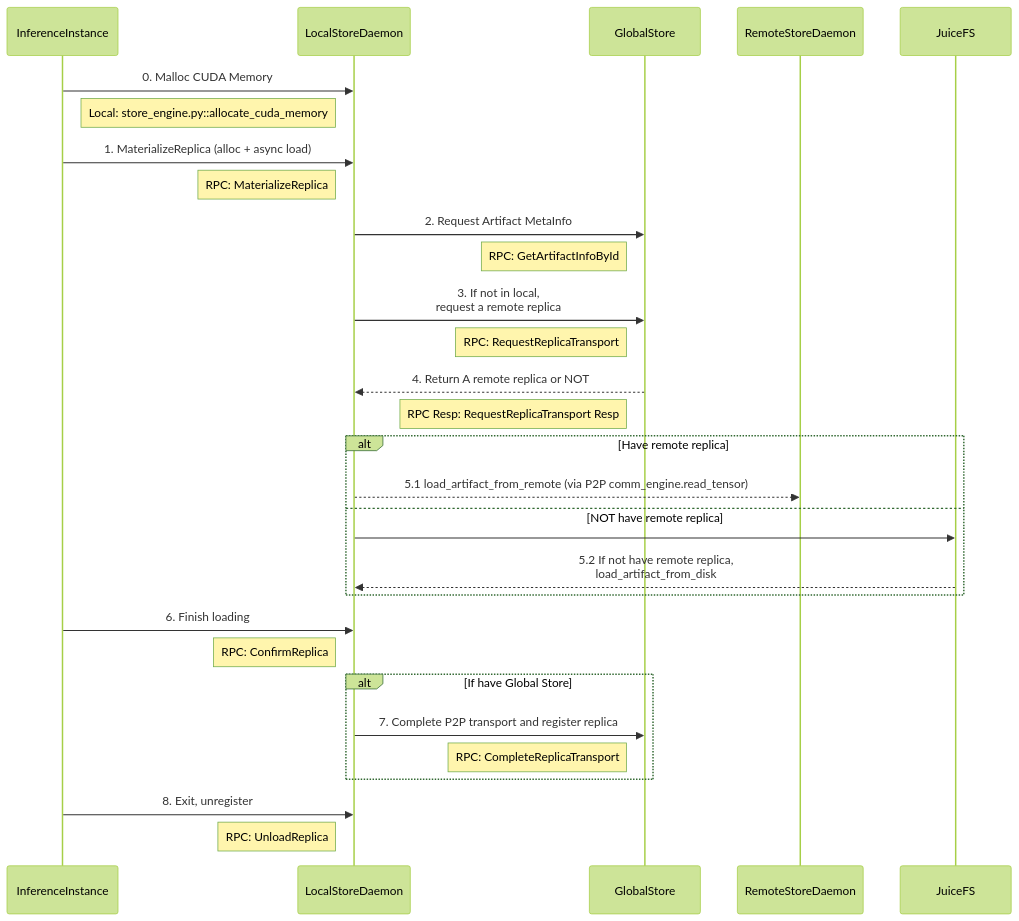
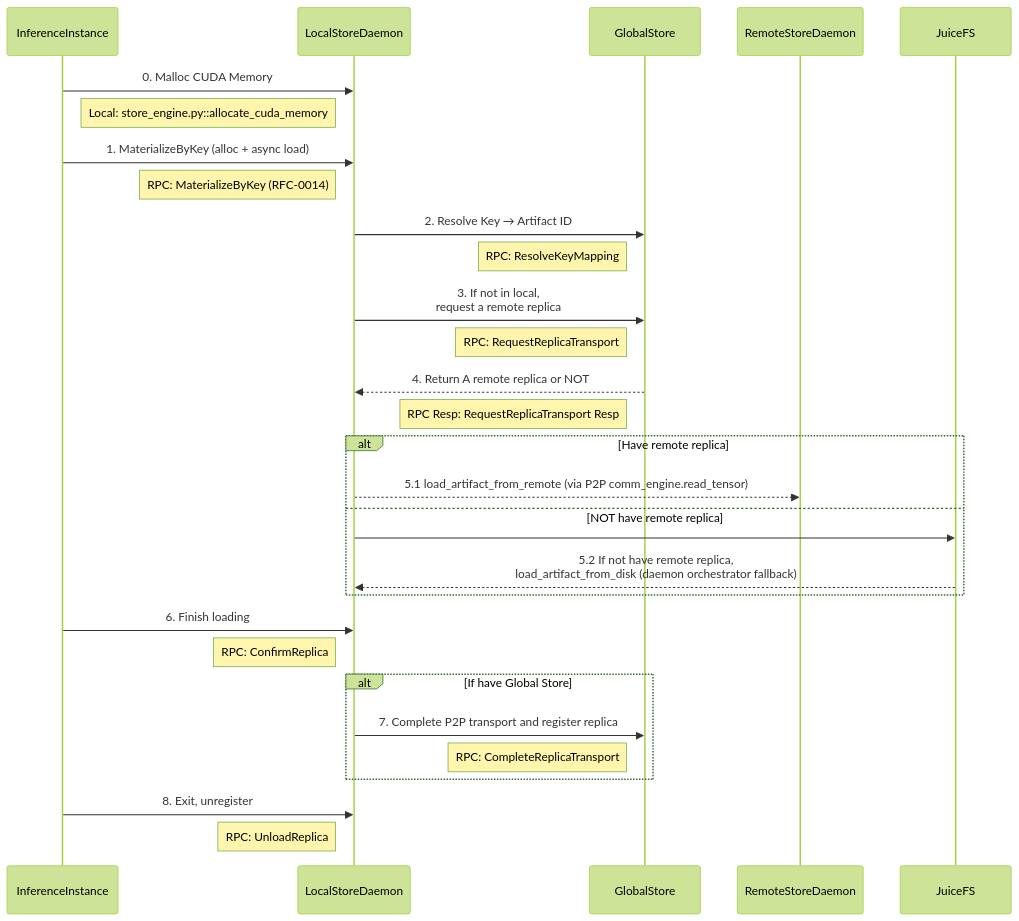
Before and after one commit to tensorcast-ai/tensorcast: the diagram in docs/internals/model-loading.md, drawn with Mermaid (forest theme). The commit also changed other lines of this file and 22 other files, not shown here.

Commit message:
feat: add support for key-based artifact

````diff
--- a/docs/internals/model-loading.md
+++ b/docs/internals/model-loading.md
@@ -29,41 +29,41 @@
 ```mermaid
 sequenceDiagram
     participant InferenceInstance
     participant LocalStoreDaemon
     participant GlobalStore
     participant RemoteStoreDaemon
     participant JuiceFS
 
     InferenceInstance->>LocalStoreDaemon: 0. Malloc CUDA Memory
     Note right of InferenceInstance: Local: store_engine.py::allocate_cuda_memory
 
-    InferenceInstance->>LocalStoreDaemon: 1. MaterializeReplica (alloc + async load)
-    Note left of LocalStoreDaemon: RPC: MaterializeReplica
+    InferenceInstance->>LocalStoreDaemon: 1. MaterializeByKey (alloc + async load)
+    Note left of LocalStoreDaemon: RPC: MaterializeByKey (RFC‑0014)
 
-    LocalStoreDaemon->>GlobalStore: 2. Request Artifact MetaInfo
-    Note left of GlobalStore: RPC: GetArtifactInfoById
+    LocalStoreDaemon->>GlobalStore: 2. Resolve Key → Artifact ID
+    Note left of GlobalStore: RPC: ResolveKeyMapping
 
     LocalStoreDaemon->>GlobalStore: 3. If not in local,<br/>request a remote replica
     Note left of GlobalStore: RPC: RequestReplicaTransport
 
     GlobalStore-->>LocalStoreDaemon: 4. Return A remote replica or NOT
     Note left of GlobalStore: RPC Resp: RequestReplicaTransport Resp
 
     alt Have remote replica
         LocalStoreDaemon-->>RemoteStoreDaemon: 5.1 load_artifact_from_remote (via P2P comm_engine.read_tensor)
     else NOT have remote replica
         LocalStoreDaemon->>JuiceFS:
-        JuiceFS-->>LocalStoreDaemon: 5.2 If not have remote replica,<br/>load_artifact_from_disk
+        JuiceFS-->>LocalStoreDaemon: 5.2 If not have remote replica,<br/>load_artifact_from_disk (daemon orchestrator fallback)
     end
 
     InferenceInstance->>LocalStoreDaemon: 6. Finish loading
     Note left of LocalStoreDaemon: RPC: ConfirmReplica
 
     alt If have Global Store
         LocalStoreDaemon->>GlobalStore: 7. Complete P2P transport and register replica
         Note left of GlobalStore: RPC: CompleteReplicaTransport
     end
 
     InferenceInstance->>LocalStoreDaemon: 8. Exit, unregister
     Note left of LocalStoreDaemon: RPC: UnloadReplica
 ```
````
